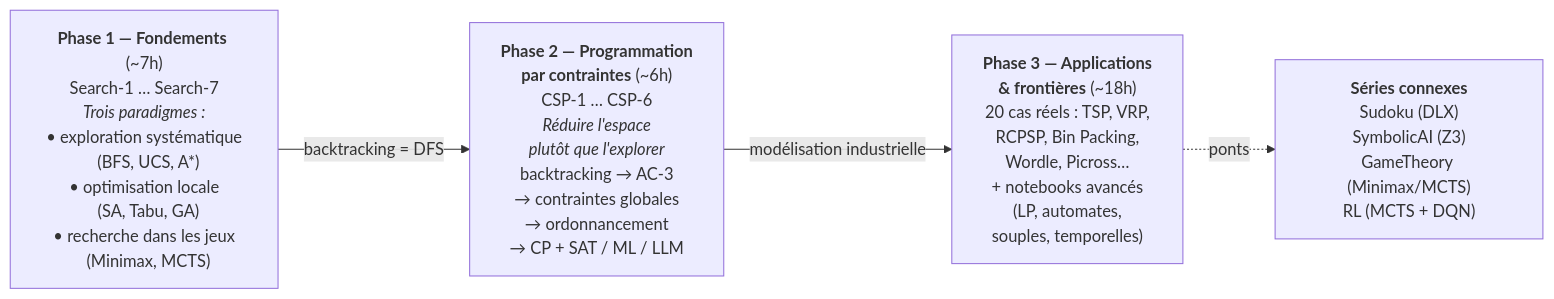
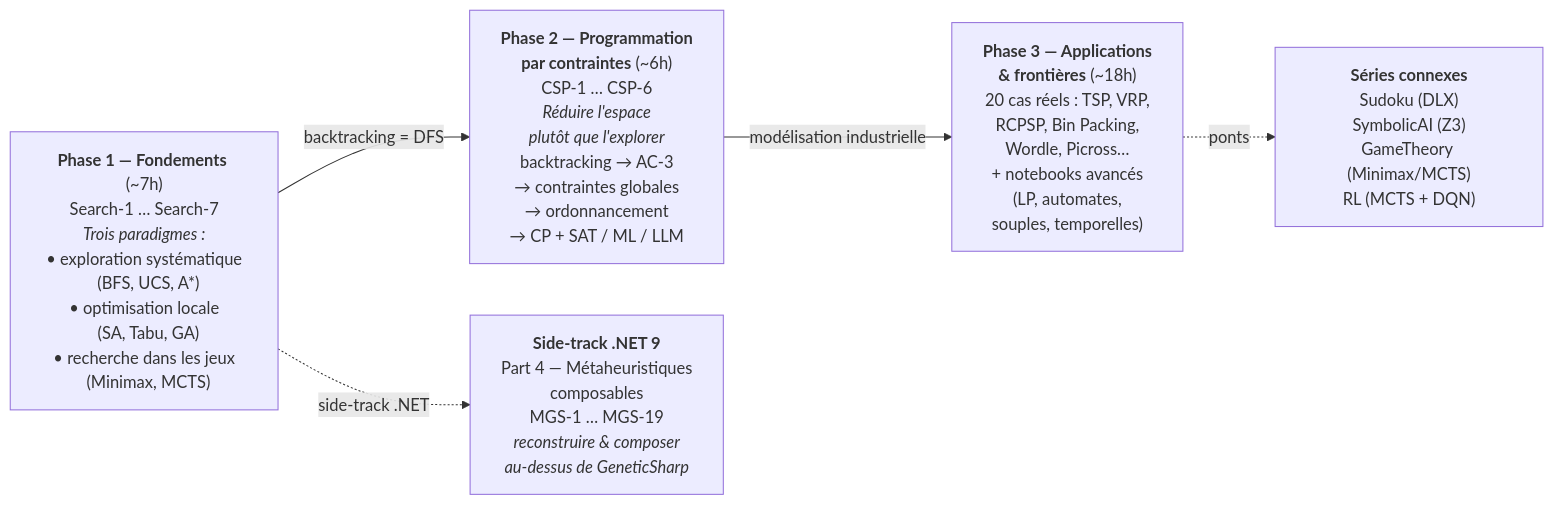
The first of 2 diagrams in MyIA.AI.Notebooks/Search/README.md (jsboige/CoursIA), drawn with Mermaid before and after one commit. The commit also changed other lines of this file, not shown here.

First line of the commit message:
docs(search): place Part4-Metaheuristics in learning arc + restore Partie 3 coverage table

````diff
--- a/MyIA.AI.Notebooks/Search/README.md
+++ b/MyIA.AI.Notebooks/Search/README.md
@@ -65,10 +65,12 @@
 ```mermaid
 flowchart LR
     P1["<b>Phase 1 — Fondements</b> (~7h)<br/>Search-1 … Search-7<br/><i>Trois paradigmes :</i><br/>• exploration systématique<br/>&nbsp;&nbsp;(BFS, UCS, A*)<br/>• optimisation locale<br/>&nbsp;&nbsp;(SA, Tabu, GA)<br/>• recherche dans les jeux<br/>&nbsp;&nbsp;(Minimax, MCTS)"]
     P2["<b>Phase 2 — Programmation<br/>par contraintes</b> (~6h)<br/>CSP-1 … CSP-6<br/><i>Réduire l'espace<br/>plutôt que l'explorer</i><br/>backtracking → AC-3<br/>→ contraintes globales<br/>→ ordonnancement<br/>→ CP + SAT / ML / LLM"]
     P3["<b>Phase 3 — Applications<br/>&amp; frontières</b> (~18h)<br/>20 cas réels : TSP, VRP,<br/>RCPSP, Bin Packing,<br/>Wordle, Picross…<br/>+ notebooks avancés<br/>(LP, automates,<br/>souples, temporelles)"]
     BR["<b>Séries connexes</b><br/>Sudoku (DLX)<br/>SymbolicAI (Z3)<br/>GameTheory (Minimax/MCTS)<br/>RL (MCTS + DQN)"]
+    P4["<b>Side-track .NET 9</b><br/>Part 4 — Métaheuristiques<br/>composables<br/>MGS-1 … MGS-19<br/><i>reconstruire &amp; composer<br/>au-dessus de GeneticSharp</i>"]
     P1 -->|"backtracking = DFS"| P2
     P2 -->|"modélisation industrielle"| P3
     P3 -.->|"ponts"| BR
+    P1 -.->|"side-track .NET"| P4
 ```
````
